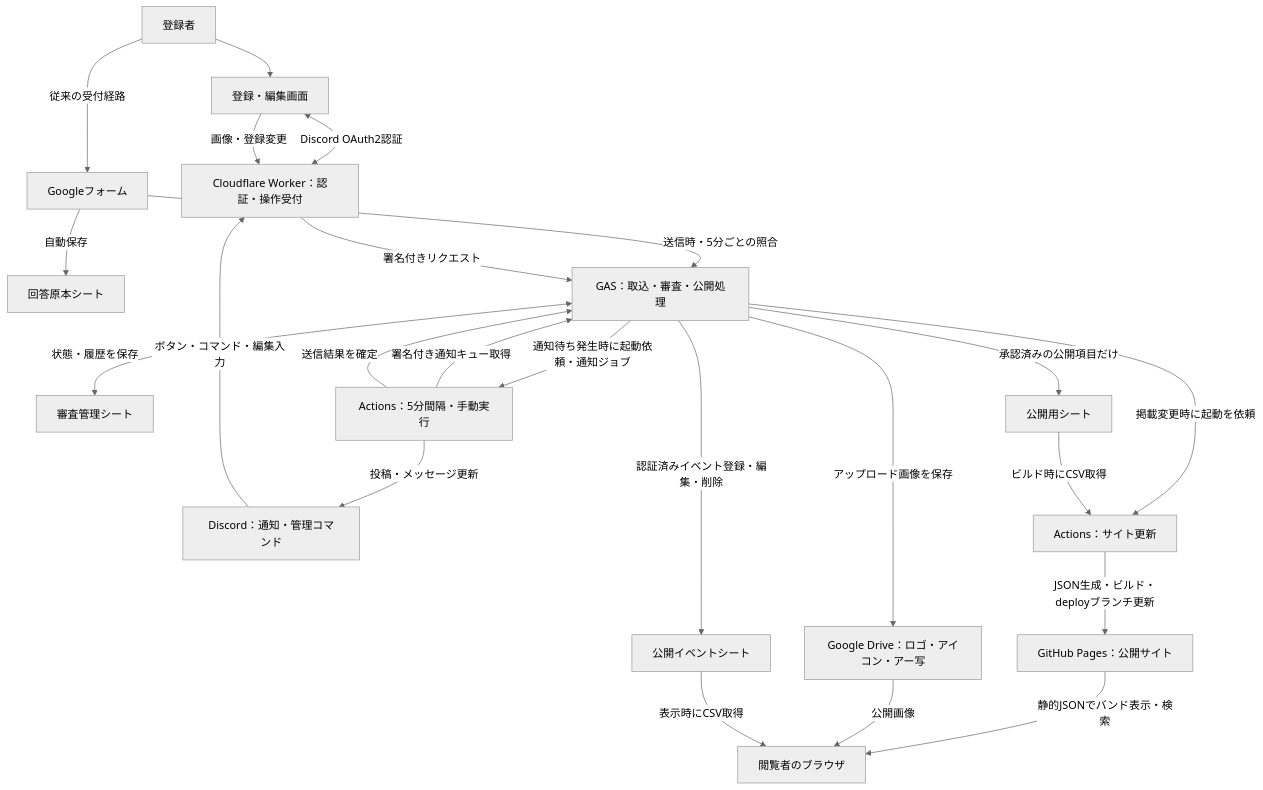
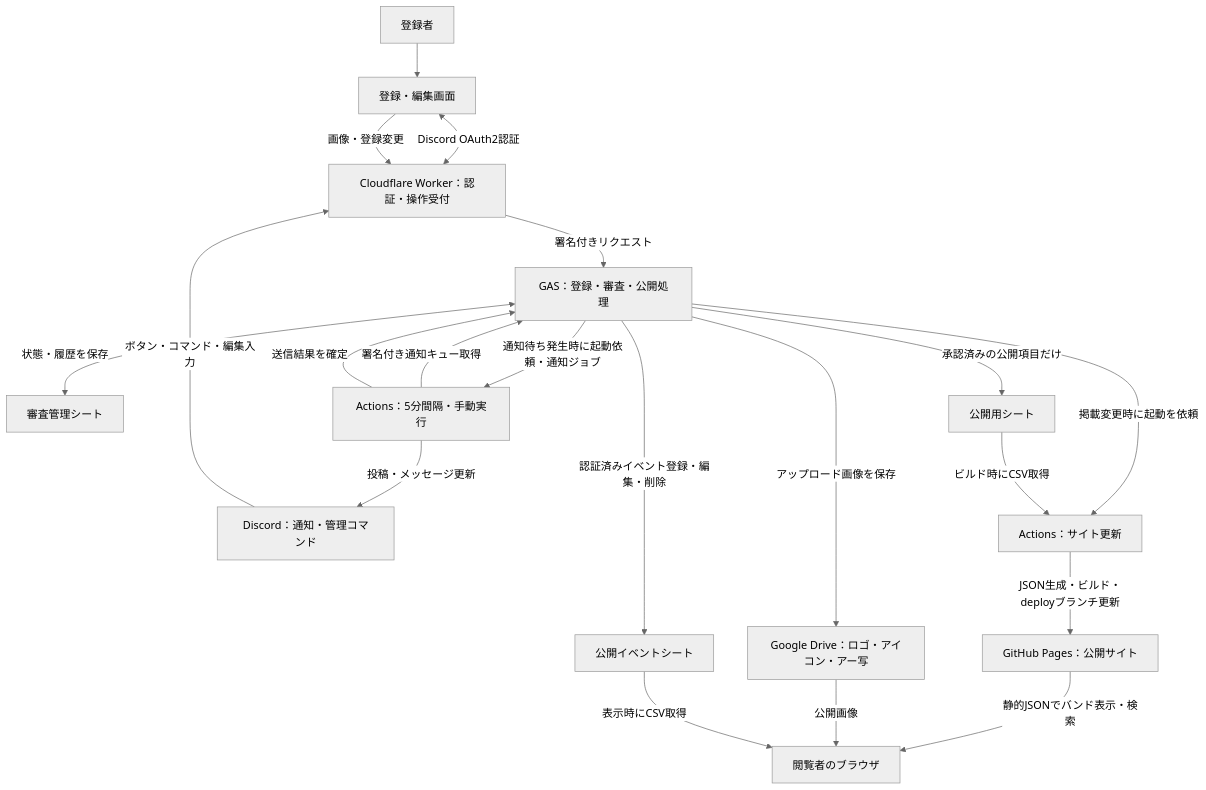
The first of 2 diagrams in docs/VRC-Band-DB-architecture.md (LyceeSerie/SerieIndustry), drawn with Mermaid (neutral theme) before and after one commit. The commit also changed other lines of this file, not shown here.

````diff
--- a/docs/VRC-Band-DB-architecture.md
+++ b/docs/VRC-Band-DB-architecture.md
@@ -7,25 +7,22 @@
 ```mermaid
 flowchart TD
   User[登録者] --> Portal[登録・編集画面]
   Portal <-->|Discord OAuth2認証| Worker[Cloudflare Worker：認証・操作受付]
   Portal -->|画像・登録変更| Worker
-  User -->|従来の受付経路| Form[Googleフォーム]
-  Form -->|自動保存| Raw[回答原本シート]
-  Form -->|送信時・5分ごとの照合| GAS[GAS：取込・審査・公開処理]
   GAS <-->|状態・履歴を保存| Review[審査管理シート]
   NotifyAction[Actions：5分間隔・手動実行] -->|署名付き通知キュー取得| GAS
   GAS -->|通知待ち発生時に起動依頼・通知ジョブ| NotifyAction
   NotifyAction -->|送信結果を確定| GAS
   NotifyAction -->|投稿・メッセージ更新| Discord[Discord：通知・管理コマンド]
   Discord -->|ボタン・コマンド・編集入力| Worker
-  Worker -->|署名付きリクエスト| GAS
+  Worker -->|署名付きリクエスト| GAS[GAS：登録・審査・公開処理]
   GAS -->|承認済みの公開項目だけ| Public[公開用シート]
   GAS -->|掲載変更時に起動を依頼| SiteAction[Actions：サイト更新]
   Public -->|ビルド時にCSV取得| SiteAction
   SiteAction -->|JSON生成・ビルド・deployブランチ更新| Pages[GitHub Pages：公開サイト]
   Pages -->|静的JSONでバンド表示・検索| Viewer[閲覧者のブラウザ]
   GAS -->|アップロード画像を保存| Drive[Google Drive：ロゴ・アイコン・アー写]
   Drive -->|公開画像| Viewer
   GAS -->|認証済みイベント登録・編集・削除| Events[公開イベントシート]
   Events -->|表示時にCSV取得| Viewer
 ```
````
